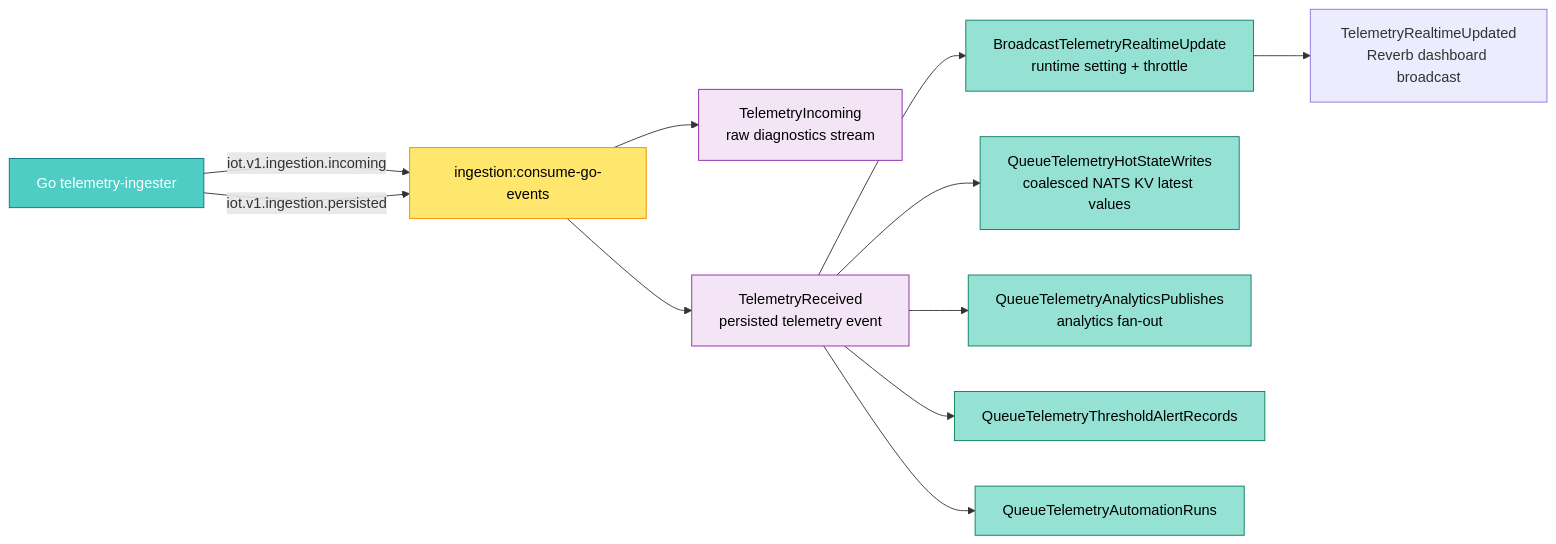
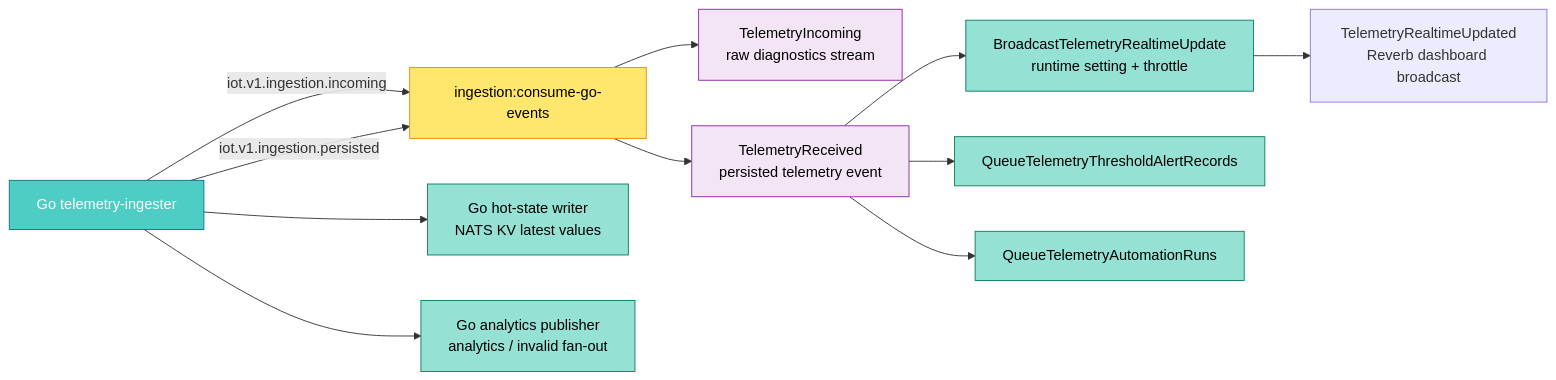
Before and after one commit to Althinect/iot-portal: the fifth of 6 diagrams in docs/data-ingestion/02-architecture.md, drawn with Mermaid. The commit also changed other lines of this file and 22 other files, not shown here.

````diff
--- a/docs/data-ingestion/02-architecture.md
+++ b/docs/data-ingestion/02-architecture.md
@@ -204,25 +204,25 @@
 ```mermaid
 flowchart LR
     Go["Go telemetry-ingester"] -->|iot.v1.ingestion.incoming| Bridge["ingestion:consume-go-events"]
     Go -->|iot.v1.ingestion.persisted| Bridge
 
     Bridge --> Incoming["TelemetryIncoming<br/>raw diagnostics stream"]
     Bridge --> Received["TelemetryReceived<br/>persisted telemetry event"]
 
  Received --> Broadcast["BroadcastTelemetryRealtimeUpdate<br/>runtime setting + throttle"]
  Broadcast --> Reverb["TelemetryRealtimeUpdated<br/>Reverb dashboard broadcast"]
-    Received --> HotState["QueueTelemetryHotStateWrites<br/>coalesced NATS KV latest values"]
-    Received --> Analytics["QueueTelemetryAnalyticsPublishes<br/>analytics fan-out"]
+Go --> HotState["Go hot-state writer<br/>NATS KV latest values"]
+Go --> Analytics["Go analytics publisher<br/>analytics / invalid fan-out"]
     Received --> Alerts["QueueTelemetryThresholdAlertRecords"]
     Received --> Automation["QueueTelemetryAutomationRuns"]
 
     classDef go fill:#4ECDC4,stroke:#0B7285,color:#fff
     classDef bridge fill:#FFE66D,stroke:#F08C00,color:#000
     classDef event fill:#F3E5F5,stroke:#8E24AA,color:#000
     classDef sidefx fill:#95E1D3,stroke:#087F5B,color:#000
 
     class Go go
     class Bridge bridge
     class Incoming,Received event
     class Broadcast,HotState,Analytics,Alerts,Automation sidefx
 ```
````
